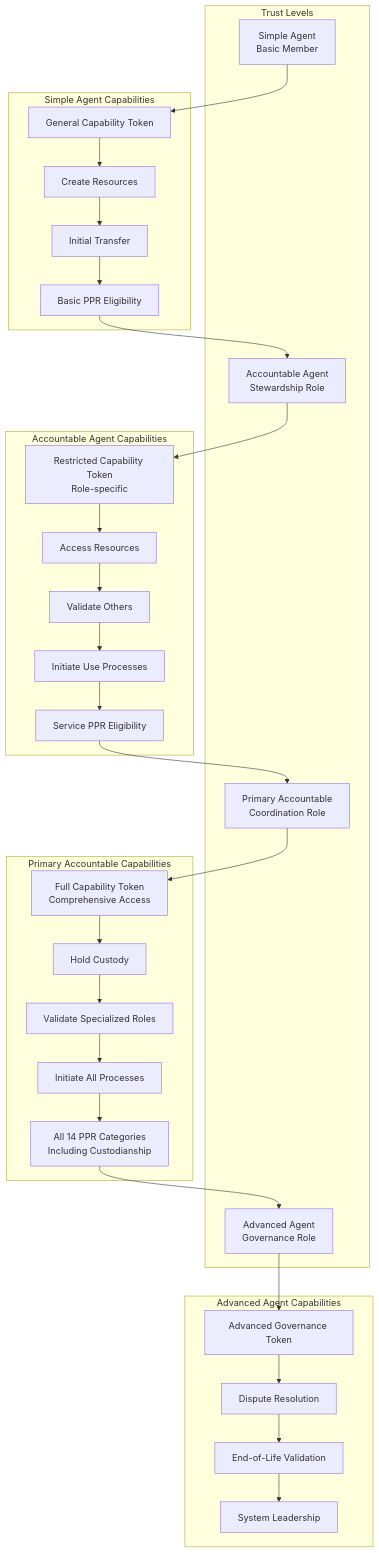
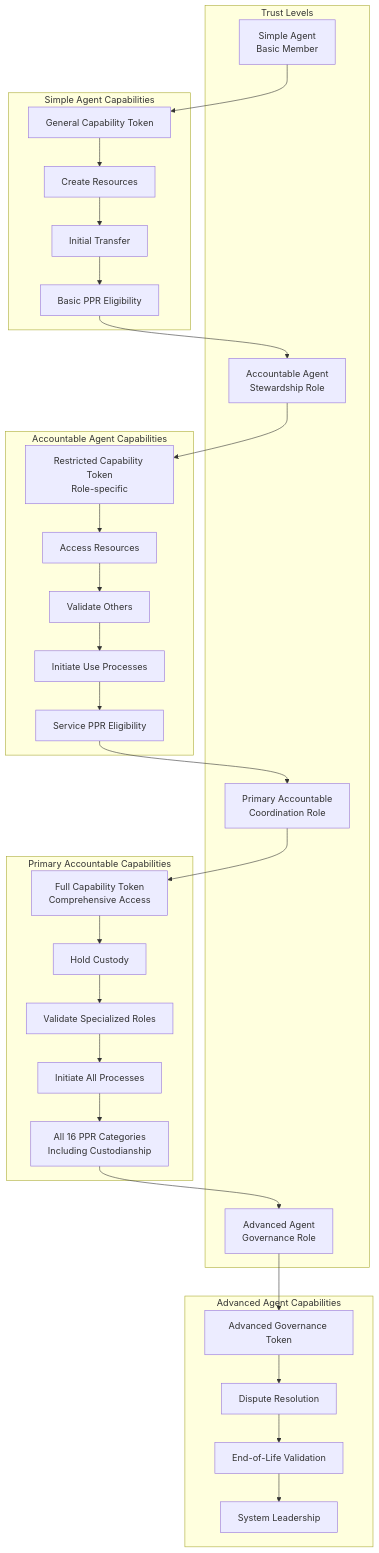
One commit to Sensorica/nondominium changed the eighth of 13 diagrams in documentation/ARCHITECTURE_COMPONENTS.md. Above: the diagram before and after it, drawn with Mermaid. The commit also changed other lines of this file and 19 other files, not shown here.

````diff
--- a/documentation/ARCHITECTURE_COMPONENTS.md
+++ b/documentation/ARCHITECTURE_COMPONENTS.md
@@ -605,44 +605,44 @@
 ```mermaid
 graph TD
     subgraph "Trust Levels"
         Simple[Simple Agent<br/>Basic Member]
         Accountable[Accountable Agent<br/>Stewardship Role]
         Primary[Primary Accountable<br/>Coordination Role]
         Advanced[Advanced Agent<br/>Governance Role]
     end
 
     subgraph "Simple Agent Capabilities"
         S1[General Capability Token]
         S2[Create Resources]
         S3[Initial Transfer]
         S4[Basic PPR Eligibility]
     end
 
     subgraph "Accountable Agent Capabilities"
         A1[Restricted Capability Token<br/>Role-specific]
         A2[Access Resources]
         A3[Validate Others]
         A4[Initiate Use Processes]
         A5[Service PPR Eligibility]
     end
 
     subgraph "Primary Accountable Capabilities"
         P1[Full Capability Token<br/>Comprehensive Access]
         P2[Hold Custody]
         P3[Validate Specialized Roles]
         P4[Initiate All Processes]
-        P5[All 14 PPR Categories<br/>Including Custodianship]
+        P5[All 16 PPR Categories<br/>Including Custodianship]
     end
 
     subgraph "Advanced Agent Capabilities"
         AD1[Advanced Governance Token]
         AD2[Dispute Resolution]
         AD3[End-of-Life Validation]
         AD4[System Leadership]
     end
 
     Simple --> S1 --> S2 --> S3 --> S4 --> Accountable
     Accountable --> A1 --> A2 --> A3 --> A4 --> A5 --> Primary
     Primary --> P1 --> P2 --> P3 --> P4 --> P5 --> Advanced
     Advanced --> AD1 --> AD2 --> AD3 --> AD4
 ```
````
